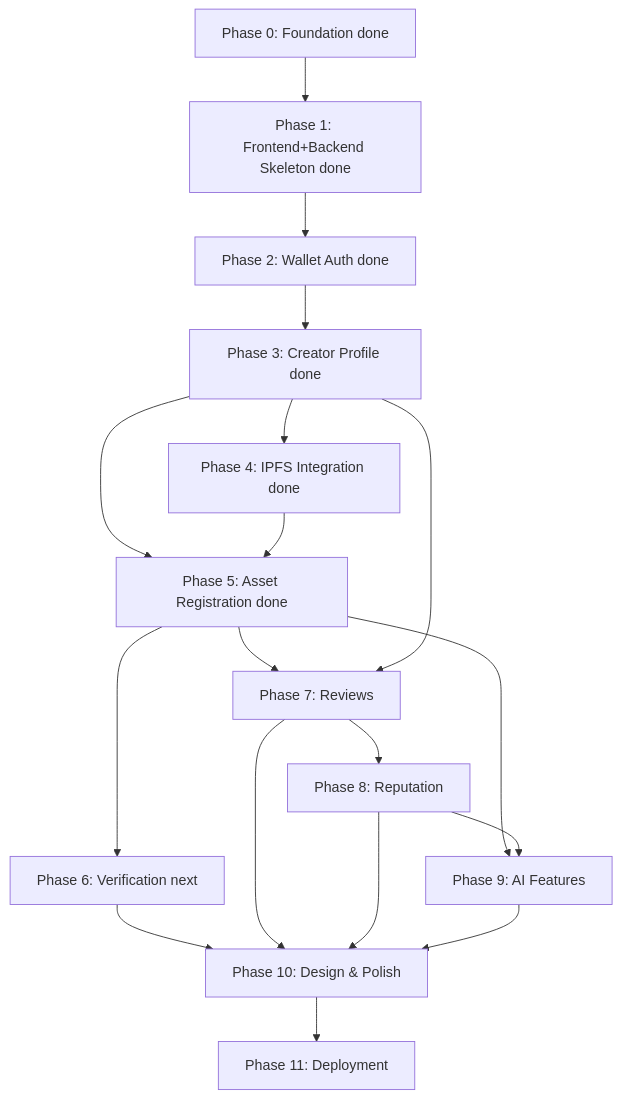
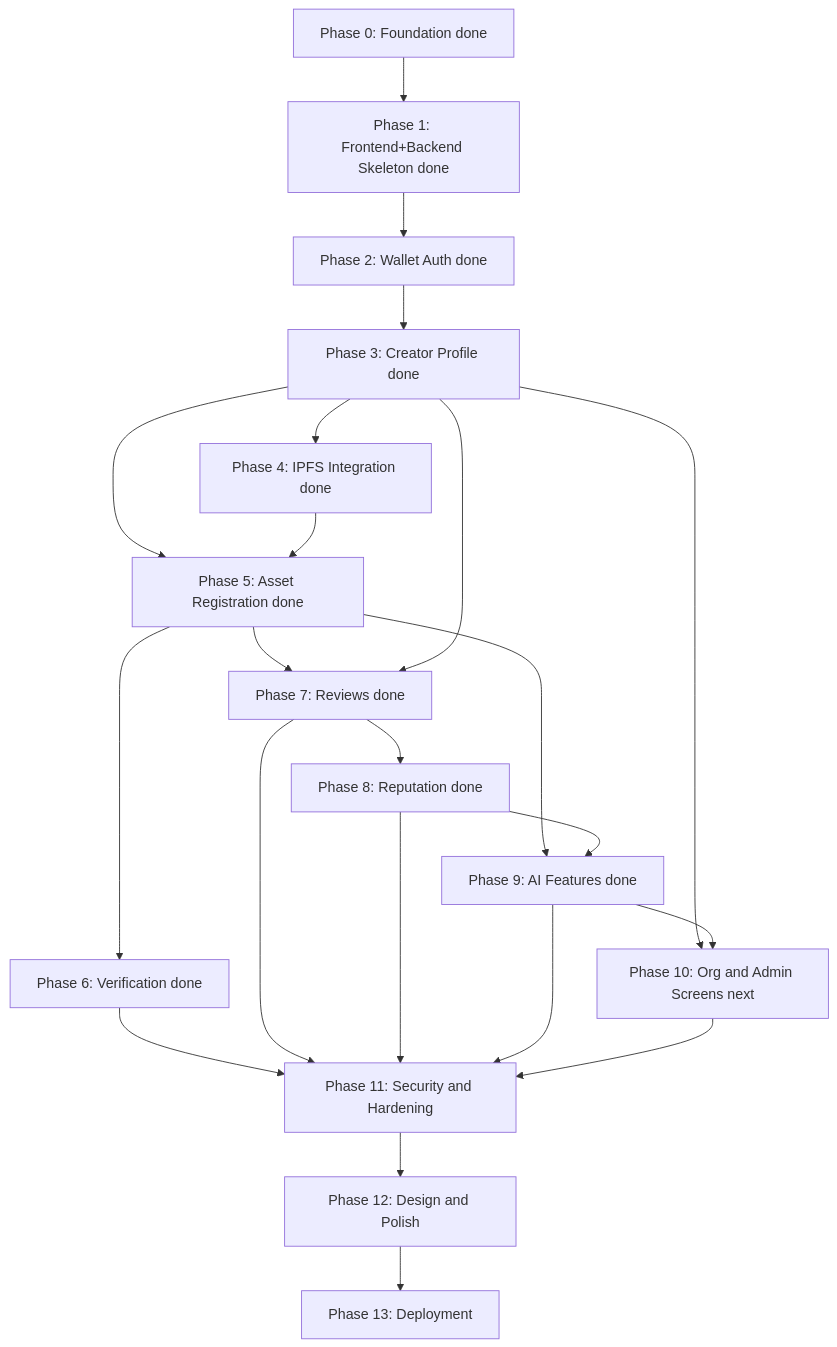
Before and after one commit to originchain-labs/originchain: the diagram in docs/DEVELOPMENT_ROADMAP.md, drawn with Mermaid. The commit also changed other lines of this file and 3 other files, not shown here.

````diff
--- a/docs/DEVELOPMENT_ROADMAP.md
+++ b/docs/DEVELOPMENT_ROADMAP.md
@@ -205,20 +248,24 @@
 ```mermaid
 flowchart TD
     P0[Phase 0: Foundation done] --> P1[Phase 1: Frontend+Backend Skeleton done]
     P1 --> P2[Phase 2: Wallet Auth done]
     P2 --> P3[Phase 3: Creator Profile done]
     P3 --> P4[Phase 4: IPFS Integration done]
     P3 --> P5[Phase 5: Asset Registration done]
     P4 --> P5
-    P5 --> P6[Phase 6: Verification next]
-    P5 --> P7[Phase 7: Reviews]
+    P5 --> P6[Phase 6: Verification done]
+    P5 --> P7[Phase 7: Reviews done]
     P3 --> P7
-    P7 --> P8[Phase 8: Reputation]
-    P5 --> P9[Phase 9: AI Features]
+    P7 --> P8[Phase 8: Reputation done]
+    P5 --> P9[Phase 9: AI Features done]
     P8 --> P9
-    P6 --> P10[Phase 10: Design & Polish]
-    P7 --> P10
-    P8 --> P10
+    P3 --> P10[Phase 10: Org and Admin Screens next]
     P9 --> P10
-    P10 --> P11[Phase 11: Deployment]
+    P6 --> P11[Phase 11: Security and Hardening]
+    P7 --> P11
+    P8 --> P11
+    P9 --> P11
+    P10 --> P11
+    P11 --> P12[Phase 12: Design and Polish]
+    P12 --> P13[Phase 13: Deployment]
 ```
````
